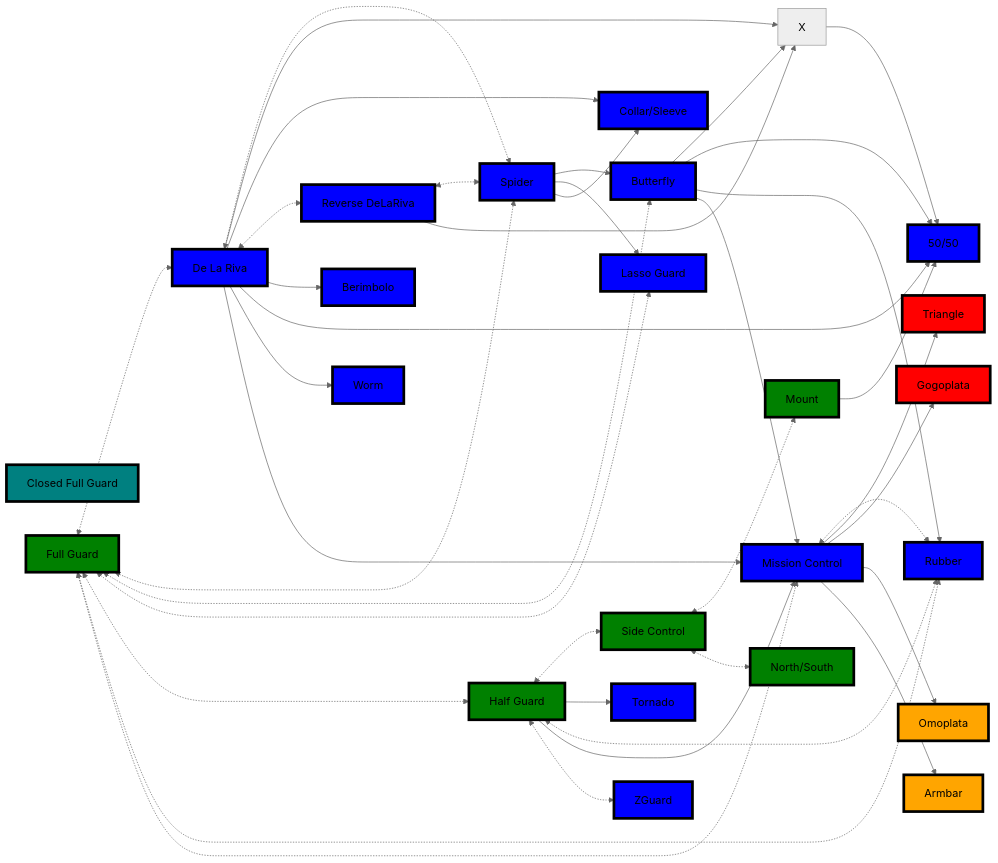
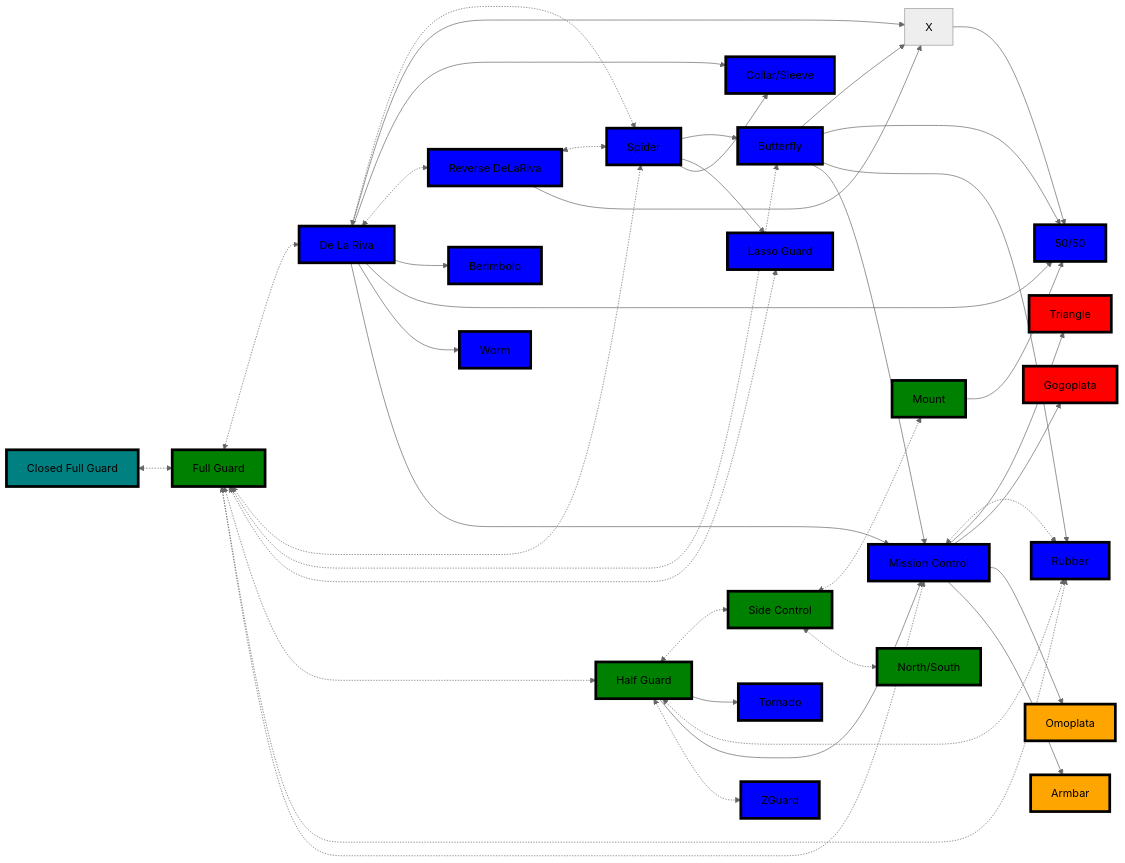
The first of 3 diagrams in _Fitness/MMA/Guards Directory.md (jacgit18/DevHiveMind), drawn with Mermaid (neutral theme) before and after one commit.

Commit message:
M "_Fitness/MMA/Guards Directory.md"

```diff
--- a/_Fitness/MMA/Guards Directory.md
+++ b/_Fitness/MMA/Guards Directory.md
@@ -89,6 +89,7 @@
 	3[Omoplata]
 	4[Armbar]
 
+	Closed <-.-> A
     A <-.-> B
     A <-.-> C
     A <-.-> D
```
